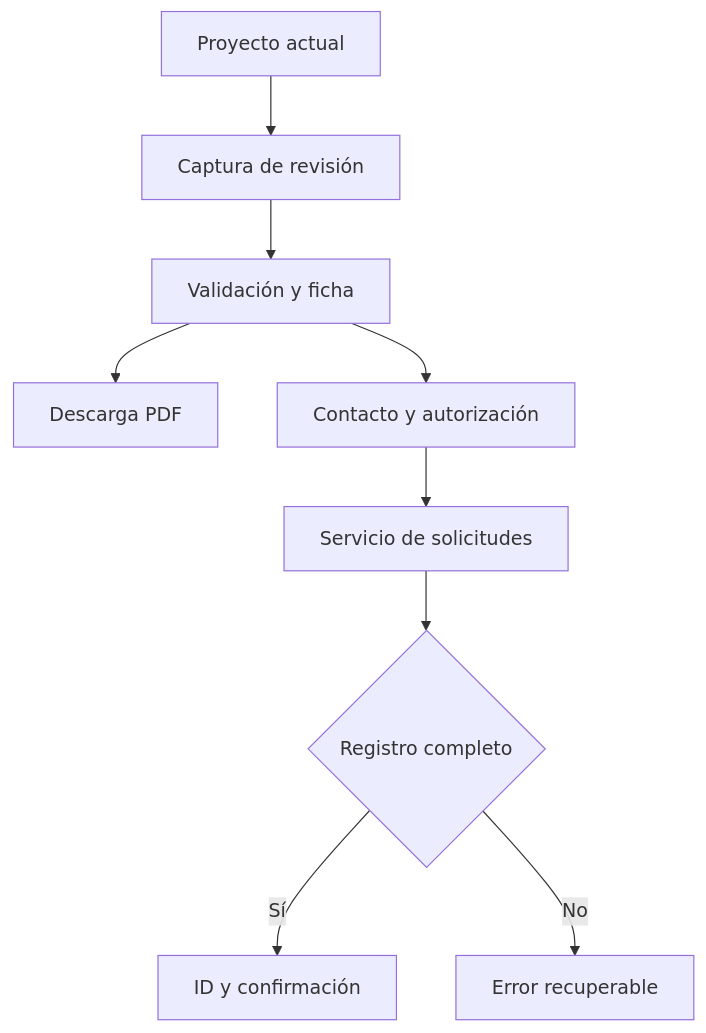
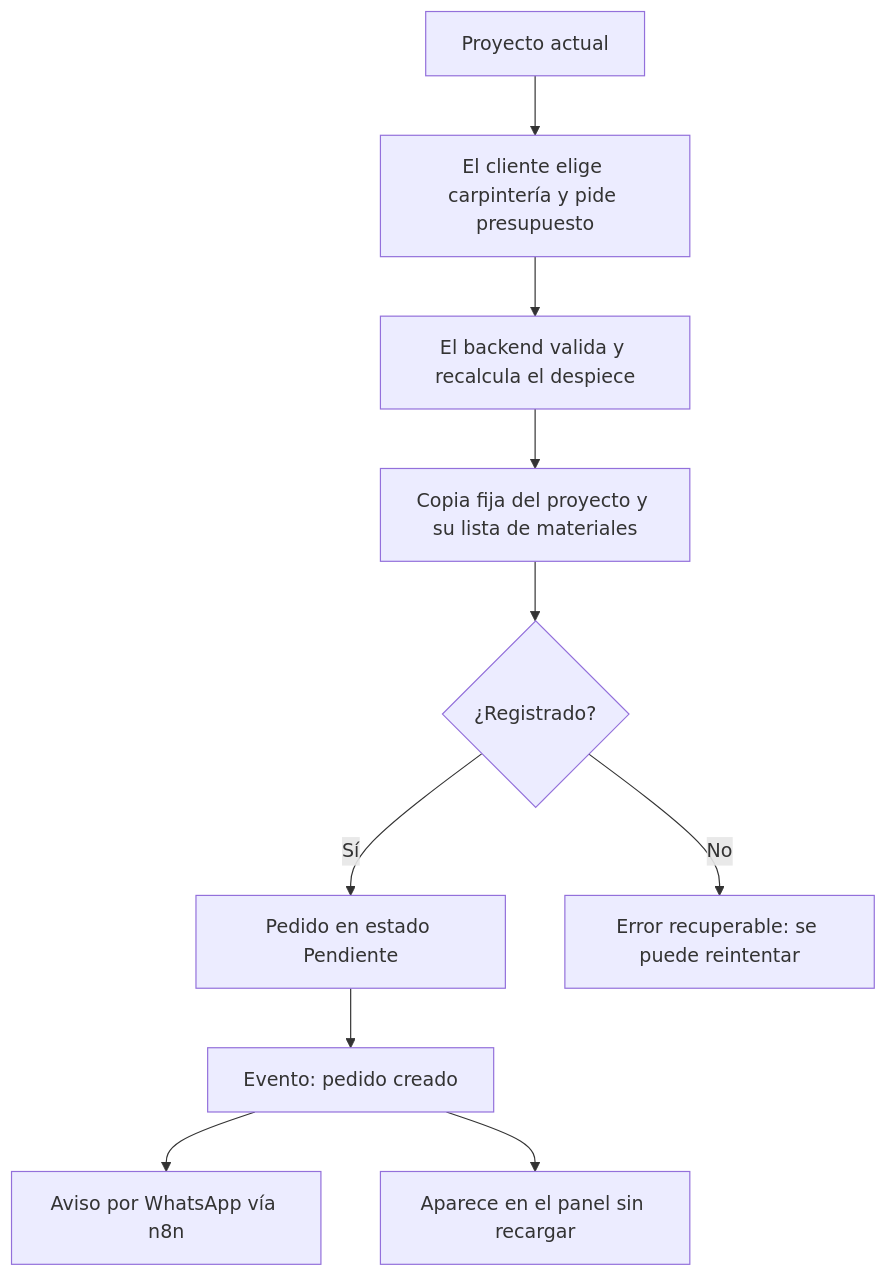
The fifth of 7 diagrams in doc/04_diseno_y_arquitectura/DOC-04A_flujo_arquitectura.md (AcerrinLab/acerrinLab-data), drawn with Mermaid before and after one commit. The commit also changed other lines of this file, not shown here.

````diff
--- a/doc/04_diseno_y_arquitectura/DOC-04A_flujo_arquitectura.md
+++ b/doc/04_diseno_y_arquitectura/DOC-04A_flujo_arquitectura.md
@@ -162,11 +169,12 @@
 ```mermaid
 flowchart TD
-  E["Proyecto actual"] --> S["Captura de revisión"]
-  S --> V["Validación y ficha"]
-  V --> D["Descarga PDF"]
-  V --> C["Contacto y autorización"]
-  C --> A["Servicio de solicitudes"]
-  A --> R{"Registro completo"}
-  R -->|Sí| O["ID y confirmación"]
-  R -->|No| X["Error recuperable"]
+  P["Proyecto actual"] --> S["El cliente elige carpintería y pide presupuesto"]
+  S --> V["El backend valida y recalcula el despiece"]
+  V --> F["Copia fija del proyecto y su lista de materiales"]
+  F --> R{"¿Registrado?"}
+  R -->|Sí| O["Pedido en estado Pendiente"]
+  R -->|No| X["Error recuperable: se puede reintentar"]
+  O --> E["Evento: pedido creado"]
+  E --> W["Aviso por WhatsApp vía n8n"]
+  E --> T["Aparece en el panel sin recargar"]
 ```
````
